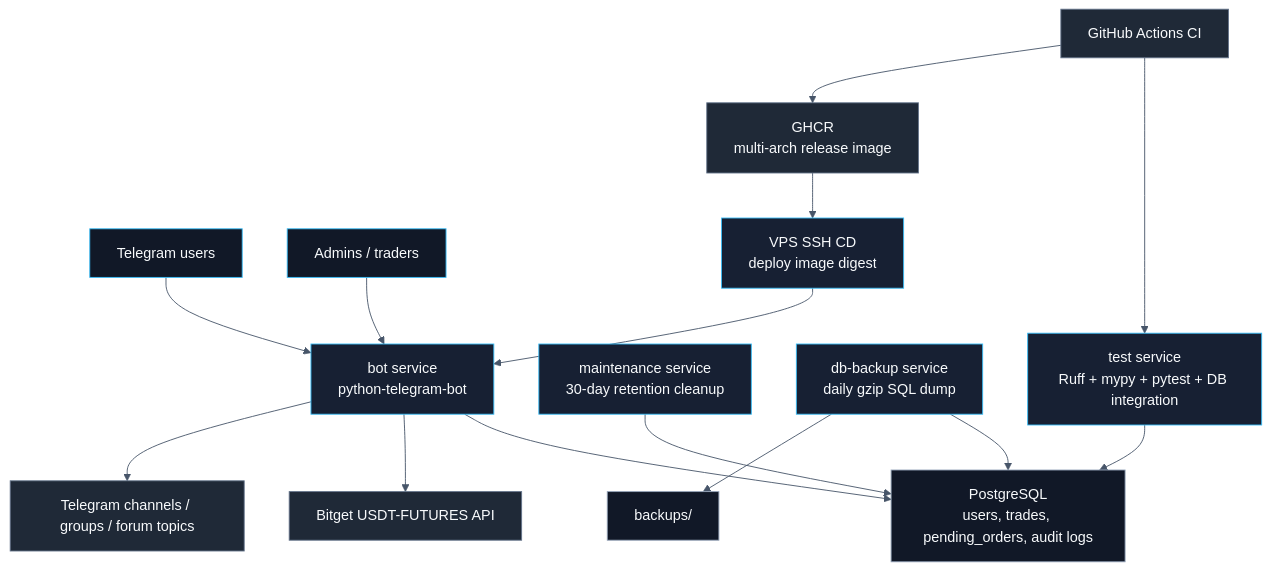
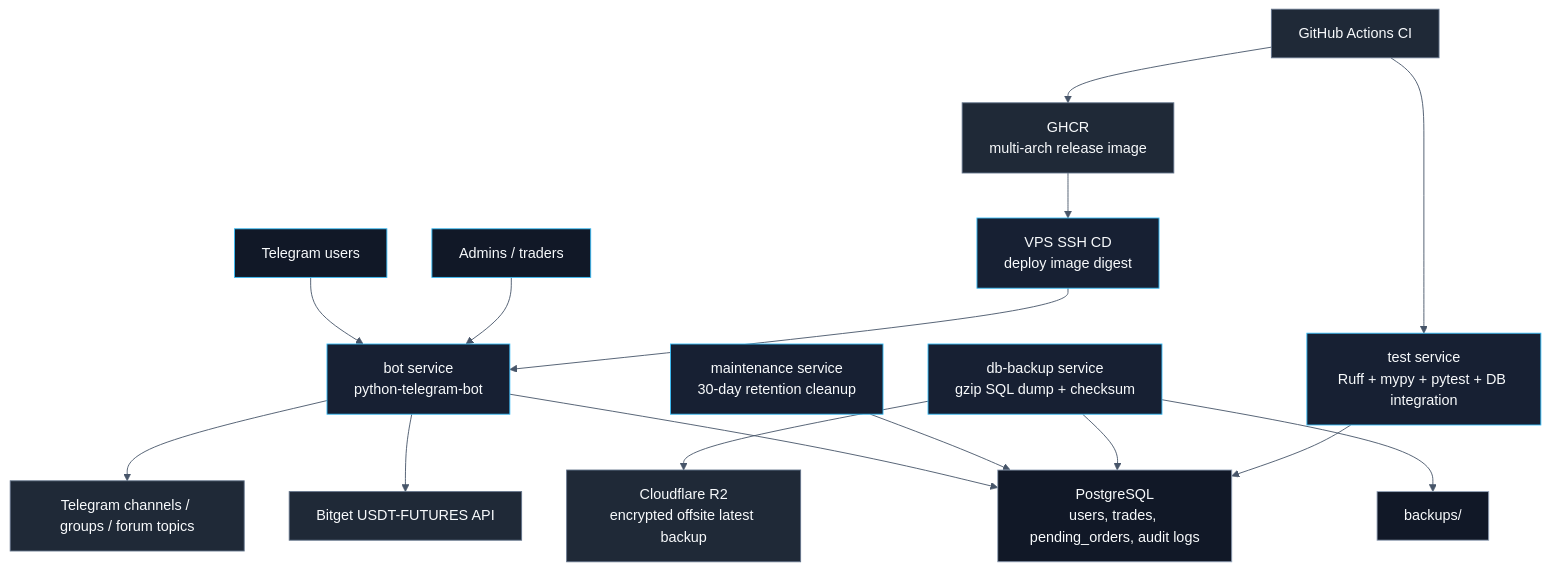
The first of 2 diagrams in readme.md (kaiyn-capital/kaiyn-trading-bot), drawn with Mermaid before and after one commit. The commit also changed other lines of this file and 10 other files, not shown here.

````diff
--- a/readme.md
+++ b/readme.md
@@ -38,32 +42,33 @@
 ```mermaid
 %%{init: {"theme":"base","themeVariables":{"background":"transparent","primaryColor":"#111827","primaryBorderColor":"#38bdf8","primaryTextColor":"#f8fafc","secondaryColor":"#1f2937","secondaryBorderColor":"#64748b","secondaryTextColor":"#f8fafc","tertiaryColor":"#0f172a","tertiaryBorderColor":"#475569","tertiaryTextColor":"#f8fafc","lineColor":"#475569","fontFamily":"Inter, ui-sans-serif, system-ui, sans-serif"}}}%%
 flowchart TD
     users["Telegram users"] --> bot["bot service<br/>python-telegram-bot"]
     admins["Admins / traders"] --> bot
 
     bot --> db["PostgreSQL<br/>users, trades, pending_orders, audit logs"]
     bot --> bitget["Bitget USDT-FUTURES API"]
     bot --> channels["Telegram channels / groups / forum topics"]
 
     maintenance["maintenance service<br/>30-day retention cleanup"] --> db
-    backup["db-backup service<br/>daily gzip SQL dump"] --> db
+    backup["db-backup service<br/>gzip SQL dump + checksum"] --> db
     backup --> files["backups/"]
+    backup --> r2["Cloudflare R2<br/>encrypted offsite latest backup"]
 
     ci["GitHub Actions CI"] --> test["test service<br/>Ruff + mypy + pytest + DB integration"]
     test --> db
     ci --> ghcr["GHCR<br/>multi-arch release image"]
     ghcr --> deploy["VPS SSH CD<br/>deploy image digest"]
     deploy --> bot
 
     classDef actor fill:#111827,stroke:#38bdf8,color:#f8fafc;
     classDef runtime fill:#0f172a,stroke:#60a5fa,color:#f8fafc;
     classDef storage fill:#111827,stroke:#94a3b8,color:#f8fafc;
     classDef external fill:#1f2937,stroke:#64748b,color:#f8fafc;
     classDef ops fill:#172033,stroke:#38bdf8,color:#f8fafc;
 
     class users,admins actor;
     class bot,maintenance,backup,test ops;
     class db,files storage;
-    class bitget,channels,ci,ghcr external;
+    class bitget,channels,ci,ghcr,r2 external;
     class deploy ops;
 ```
````
